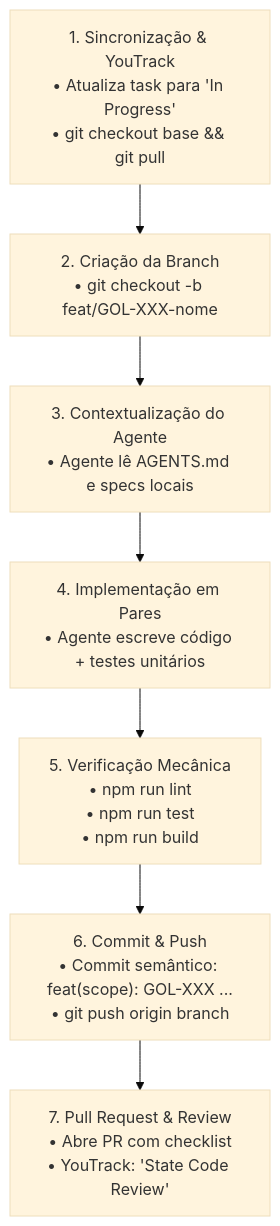
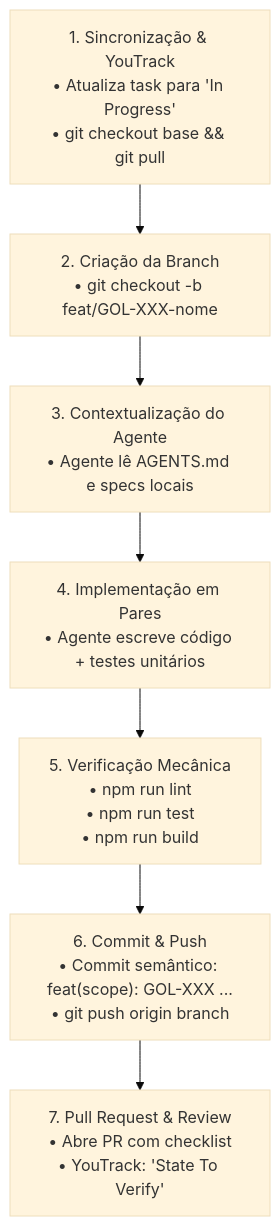
One commit to Hubee-Unifesp/alexandrita-docs changed the third of 3 diagrams in docs/boas-praticas-guias/fluxo-trabalho-com-agentes.md. Above: the diagram before and after it, drawn with Mermaid (base theme). The commit also changed other lines of this file, not shown here.

Commit message:
docs(GOL-151): alinha estado do board para State To Verify no guia

````diff
--- a/docs/boas-praticas-guias/fluxo-trabalho-com-agentes.md
+++ b/docs/boas-praticas-guias/fluxo-trabalho-com-agentes.md
@@ -243,12 +243,12 @@
 ```mermaid
 flowchart TD
     Step1["1. Sincronização & YouTrack<br/>• Atualiza task para 'In Progress'<br/>• git checkout base && git pull"]
     Step2["2. Criação da Branch<br/>• git checkout -b feat/GOL-XXX-nome"]
     Step3["3. Contextualização do Agente<br/>• Agente lê AGENTS.md e specs locais"]
     Step4["4. Implementação em Pares<br/>• Agente escreve código + testes unitários"]
     Step5["5. Verificação Mecânica<br/>• npm run lint<br/>• npm run test<br/>• npm run build"]
     Step6["6. Commit & Push<br/>• Commit semântico: feat(scope): GOL-XXX ...<br/>• git push origin branch"]
-    Step7["7. Pull Request & Review<br/>• Abre PR com checklist<br/>• YouTrack: 'State Code Review'"]
+    Step7["7. Pull Request & Review<br/>• Abre PR com checklist<br/>• YouTrack: 'State To Verify'"]
 
     Step1 --> Step2 --> Step3 --> Step4 --> Step5 --> Step6 --> Step7
 ```
````
